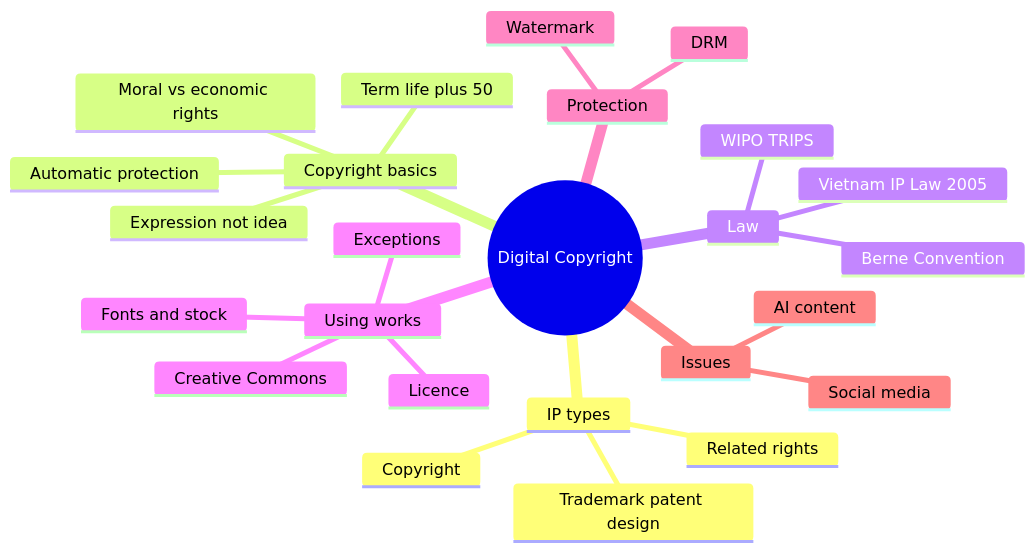
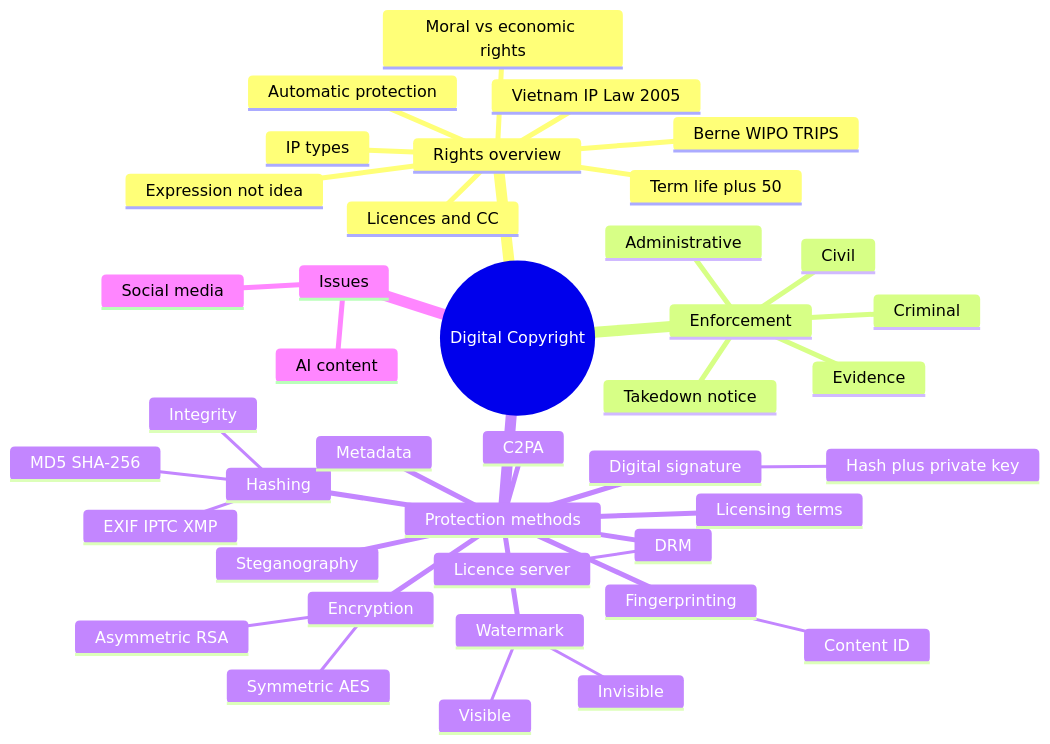
The diagram in data/courses/digital-copyright.md (winstonsmgx/APSMULPTIT), drawn with Mermaid before and after one commit. The commit also changed other lines of this file and 1 other file, not shown here.

````diff
--- a/data/courses/digital-copyright.md
+++ b/data/courses/digital-copyright.md
@@ -30,28 +246,43 @@
 ```mermaid
 mindmap
   root((Digital Copyright))
-    IP types
-      Copyright
-      Related rights
-      Trademark patent design
-    Copyright basics
+    Rights overview
+      IP types
       Expression not idea
       Automatic protection
       Moral vs economic rights
       Term life plus 50
-    Law
       Vietnam IP Law 2005
-      Berne Convention
-      WIPO TRIPS
-    Using works
-      Licence
-      Exceptions
-      Creative Commons
-      Fonts and stock
-    Protection
+      Berne WIPO TRIPS
+      Licences and CC
+    Enforcement
+      Evidence
+      Takedown notice
+      Civil
+      Administrative
+      Criminal
+    Protection methods
+      Hashing
+        MD5 SHA-256
+        Integrity
+      Encryption
+        Symmetric AES
+        Asymmetric RSA
       DRM
+        Licence server
+      Digital signature
+        Hash plus private key
+      Metadata
+        EXIF IPTC XMP
       Watermark
+        Visible
+        Invisible
+      Steganography
+      Fingerprinting
+        Content ID
+      C2PA
+      Licensing terms
     Issues
       Social media
       AI content
 ```
````
